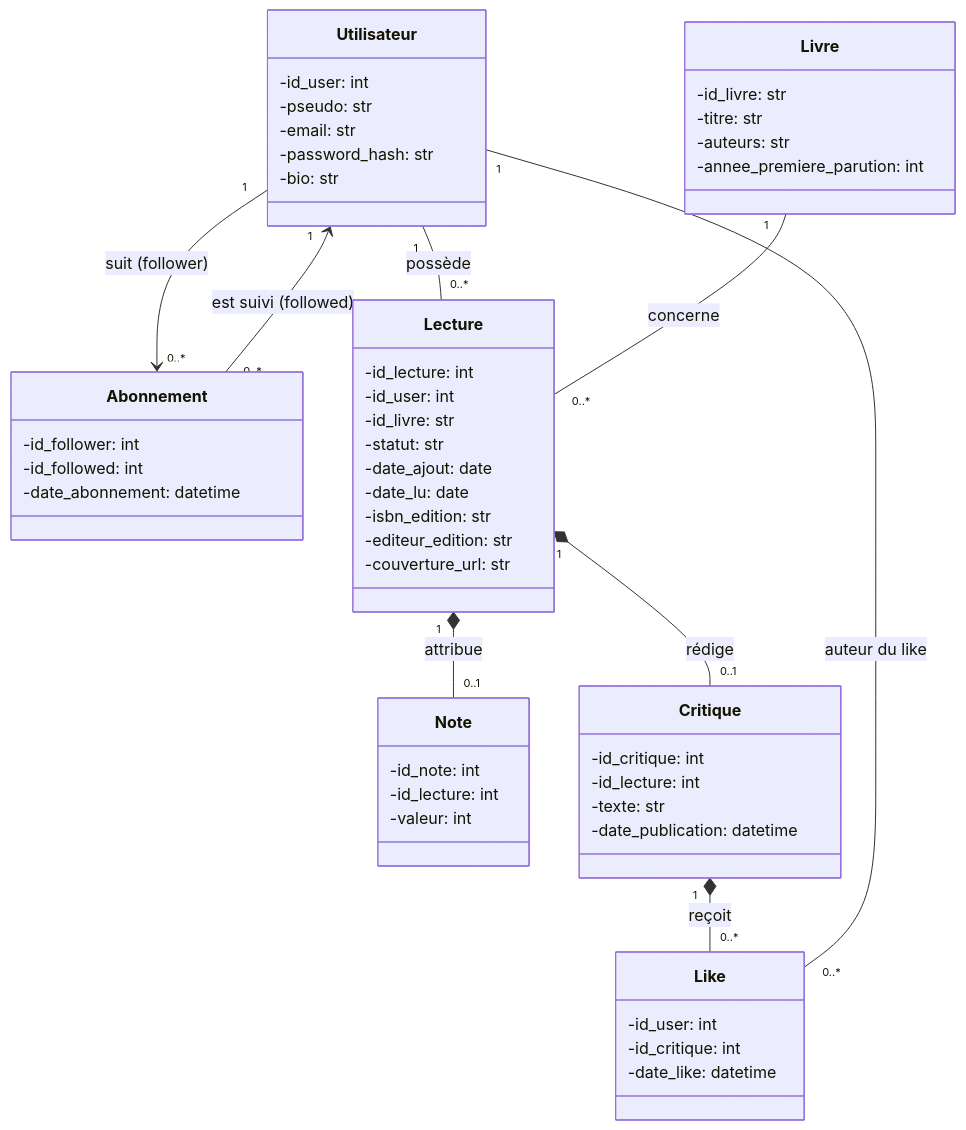
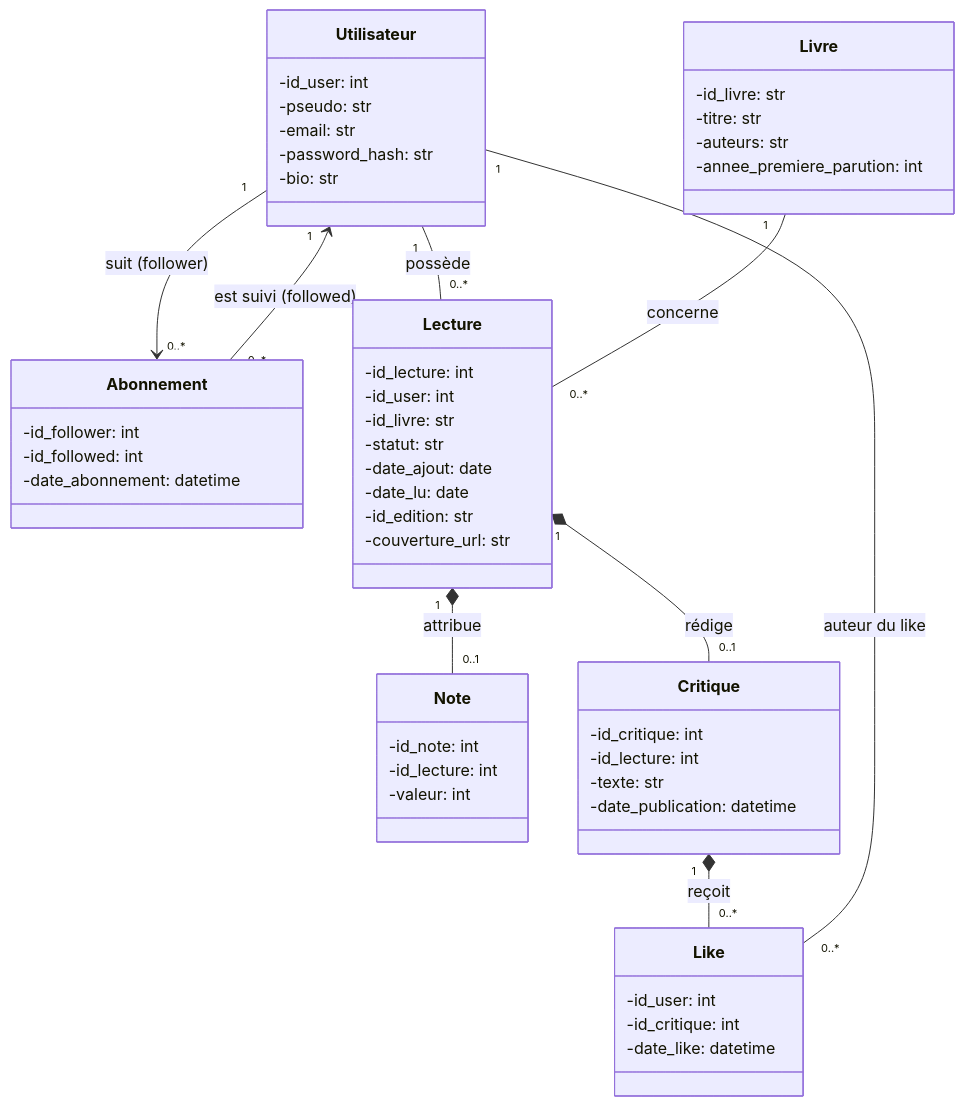
One commit to cecilelocatelli21/projet-info_2A changed the diagram in doc/report/Diagrammes/Classes_BusinessObject.md. Above: the diagram before and after it, drawn with Mermaid.

````diff
--- a/doc/report/Diagrammes/Classes_BusinessObject.md
+++ b/doc/report/Diagrammes/Classes_BusinessObject.md
@@ -1,76 +1,73 @@
 ```mermaid
 classDiagram
     class Utilisateur {
         -id_user: int
         -pseudo: str
         -email: str
         -password_hash: str
         -bio: str
          
 
     }
 
     class Livre {
         -id_livre: str
         -titre: str
         -auteurs: str
         -annee_premiere_parution: int
          
 
     }
 
     class Abonnement {
         -id_follower: int
         -id_followed: int
-        -date_abonnement: datetime 
-        
+        -date_abonnement: datetime   
     }
 
     class Lecture {
         -id_lecture: int
         -id_user: int
         -id_livre: str
         -statut: str
         -date_ajout: date
         -date_lu: date
-        -isbn_edition: str
-        -editeur_edition: str
-        -couverture_url: str
-         
+        -id_edition: str
+        -couverture_url: str    
     }
 
 
     class Note {
         -id_note: int
         -id_lecture: int
         -valeur: int
          
 
     }
 
     class Critique {
         -id_critique: int
         -id_lecture: int
         -texte: str
         -date_publication: datetime
 
     }
 
     class Like {
         -id_user: int
         -id_critique: int
         -date_like: datetime
     }
 
 
 
     Utilisateur "1" --> "0..*" Abonnement : suit (follower)
     Utilisateur "1" <-- "0..*" Abonnement : est suivi (followed)
     Utilisateur "1" -- "0..*" Lecture : possède
     Livre "1" -- "0..*" Lecture : concerne
     Lecture "1" *-- "0..1" Note : attribue
     Lecture "1" *-- "0..1" Critique : rédige
     Critique "1" *-- "0..*" Like : reçoit
     Utilisateur "1" -- "0..*" Like : auteur du like
 
 ```
````
